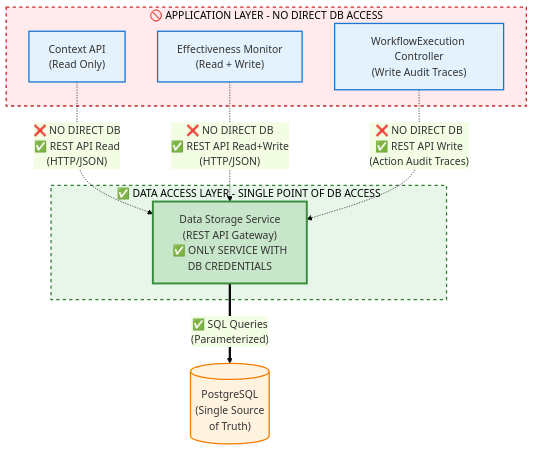
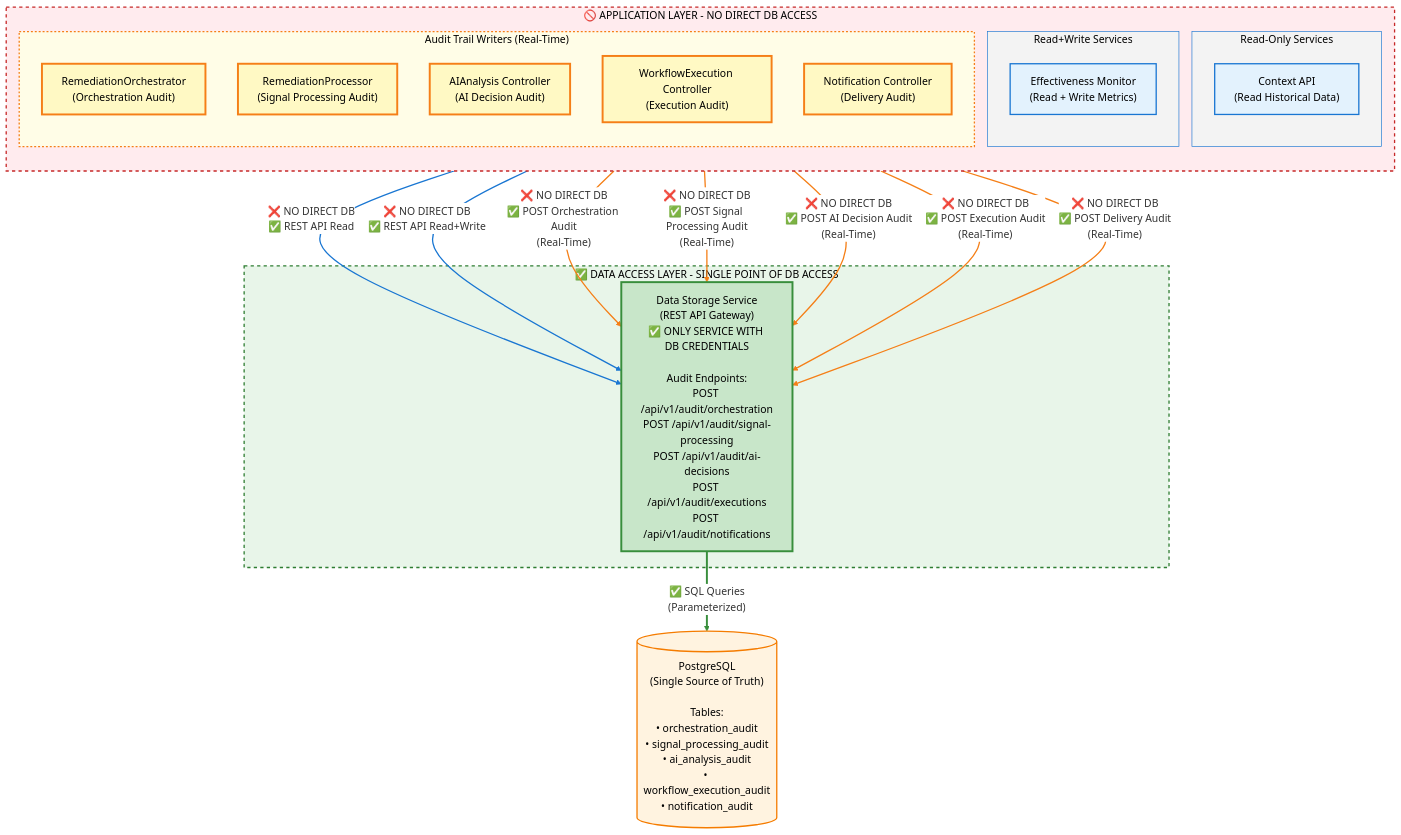
One commit to jordigilh/kubernaut changed the diagram in docs/architecture/decisions/ADR-032-data-access-layer-isolation.md. Above: the diagram before and after it, drawn with Mermaid. The commit also changed other lines of this file, not shown here.

First paragraph of the commit message:
✅ ADR-032 | Add RemediationProcessor to Audit Architecture
**USER INSIGHT**: "Does the remediationprocessor need to write an audit trace?"

````diff
--- a/docs/architecture/decisions/ADR-032-data-access-layer-isolation.md
+++ b/docs/architecture/decisions/ADR-032-data-access-layer-isolation.md
@@ -74,28 +74,59 @@
 ```mermaid
-%%{init: {'theme':'base', 'themeVariables': { 'primaryColor':'#e3f2fd'}}}%%
+%%{init: {'theme':'base', 'themeVariables': {'primaryColor':'#e3f2fd', 'lineColor':'#1976d2', 'primaryBorderColor':'#1976d2', 'edgeLabelBackground':'#ffffff'}}}%%
 flowchart TB
     subgraph APPLICATION_LAYER["🚫 APPLICATION LAYER - NO DIRECT DB ACCESS"]
-        ContextAPI["Context API<br/>(Read Only)"]
-        EffectivenessMonitor["Effectiveness Monitor<br/>(Read + Write)"]
-        WorkflowExecution["WorkflowExecution Controller<br/>(Write Audit Traces)"]
+        direction TB
+        subgraph READ_ONLY["Read-Only Services"]
+            ContextAPI["Context API<br/>(Read Historical Data)"]
+        end
+        subgraph READ_WRITE["Read+Write Services"]
+            EffectivenessMonitor["Effectiveness Monitor<br/>(Read + Write Metrics)"]
+        end
+        subgraph AUDIT_WRITERS["Audit Trail Writers (Real-Time)"]
+            RemediationOrch["RemediationOrchestrator<br/>(Orchestration Audit)"]
+            RemediationProc["RemediationProcessor<br/>(Signal Processing Audit)"]
+            AIAnalysis["AIAnalysis Controller<br/>(AI Decision Audit)"]
+            WorkflowExec["WorkflowExecution Controller<br/>(Execution Audit)"]
+            Notification["Notification Controller<br/>(Delivery Audit)"]
+        end
     end
     
     subgraph DATA_ACCESS_LAYER["✅ DATA ACCESS LAYER - SINGLE POINT OF DB ACCESS"]
-        DataStorage["Data Storage Service<br/>(REST API Gateway)<br/>✅ ONLY SERVICE WITH<br/>DB CREDENTIALS"]
+        DataStorage["Data Storage Service<br/>(REST API Gateway)<br/>✅ ONLY SERVICE WITH DB CREDENTIALS<br/><br/>Audit Endpoints:<br/>POST /api/v1/audit/orchestration<br/>POST /api/v1/audit/signal-processing<br/>POST /api/v1/audit/ai-decisions<br/>POST /api/v1/audit/executions<br/>POST /api/v1/audit/notifications"]
     end
     
-    PostgreSQL[("PostgreSQL<br/>(Single Source<br/>of Truth)")]
+    PostgreSQL[("PostgreSQL<br/>(Single Source of Truth)<br/><br/>Tables:<br/>• orchestration_audit<br/>• signal_processing_audit<br/>• ai_analysis_audit<br/>• workflow_execution_audit<br/>• notification_audit")]
     
-    ContextAPI -.->|"❌ NO DIRECT DB<br/>✅ REST API Read<br/>(HTTP/JSON)"| DataStorage
-    EffectivenessMonitor -.->|"❌ NO DIRECT DB<br/>✅ REST API Read+Write<br/>(HTTP/JSON)"| DataStorage
-    WorkflowExecution -.->|"❌ NO DIRECT DB<br/>✅ REST API Write<br/>(Action Audit Traces)"| DataStorage
+    ContextAPI -->|"❌ NO DIRECT DB<br/>✅ REST API Read"| DataStorage
+    EffectivenessMonitor -->|"❌ NO DIRECT DB<br/>✅ REST API Read+Write"| DataStorage
+    RemediationOrch -->|"❌ NO DIRECT DB<br/>✅ POST Orchestration Audit<br/>(Real-Time)"| DataStorage
+    RemediationProc -->|"❌ NO DIRECT DB<br/>✅ POST Signal Processing Audit<br/>(Real-Time)"| DataStorage
+    AIAnalysis -->|"❌ NO DIRECT DB<br/>✅ POST AI Decision Audit<br/>(Real-Time)"| DataStorage
+    WorkflowExec -->|"❌ NO DIRECT DB<br/>✅ POST Execution Audit<br/>(Real-Time)"| DataStorage
+    Notification -->|"❌ NO DIRECT DB<br/>✅ POST Delivery Audit<br/>(Real-Time)"| DataStorage
     DataStorage ==>|"✅ SQL Queries<br/>(Parameterized)"| PostgreSQL
     
-    style ContextAPI fill:#e3f2fd,stroke:#1976d2,stroke-width:2px
-    style EffectivenessMonitor fill:#e3f2fd,stroke:#1976d2,stroke-width:2px
-    style WorkflowExecution fill:#e3f2fd,stroke:#1976d2,stroke-width:2px
-    style DataStorage fill:#c8e6c9,stroke:#388e3c,stroke-width:3px
-    style PostgreSQL fill:#fff3e0,stroke:#f57c00,stroke-width:2px
-    style APPLICATION_LAYER fill:#ffebee,stroke:#c62828,stroke-width:2px,stroke-dasharray: 5 5
-    style DATA_ACCESS_LAYER fill:#e8f5e9,stroke:#2e7d32,stroke-width:2px,stroke-dasharray: 5 5
+    style ContextAPI fill:#e3f2fd,stroke:#1976d2,stroke-width:2px,color:#000
+    style EffectivenessMonitor fill:#e3f2fd,stroke:#1976d2,stroke-width:2px,color:#000
+    style RemediationOrch fill:#fff9c4,stroke:#f57f17,stroke-width:3px,color:#000
+    style RemediationProc fill:#fff9c4,stroke:#f57f17,stroke-width:3px,color:#000
+    style AIAnalysis fill:#fff9c4,stroke:#f57f17,stroke-width:3px,color:#000
+    style WorkflowExec fill:#fff9c4,stroke:#f57f17,stroke-width:3px,color:#000
+    style Notification fill:#fff9c4,stroke:#f57f17,stroke-width:3px,color:#000
+    style DataStorage fill:#c8e6c9,stroke:#388e3c,stroke-width:3px,color:#000
+    style PostgreSQL fill:#fff3e0,stroke:#f57c00,stroke-width:2px,color:#000
+    style APPLICATION_LAYER fill:#ffebee,stroke:#c62828,stroke-width:2px,stroke-dasharray: 5 5,color:#000
+    style DATA_ACCESS_LAYER fill:#e8f5e9,stroke:#2e7d32,stroke-width:2px,stroke-dasharray: 5 5,color:#000
+    style AUDIT_WRITERS fill:#fffde7,stroke:#f57f17,stroke-width:2px,stroke-dasharray: 3 3,color:#000
+    style READ_ONLY fill:#f3f3f3,stroke:#1976d2,stroke-width:1px,color:#000
+    style READ_WRITE fill:#f3f3f3,stroke:#1976d2,stroke-width:1px,color:#000
+    
+    linkStyle 0 stroke:#1976d2,stroke-width:2px
+    linkStyle 1 stroke:#1976d2,stroke-width:2px
+    linkStyle 2 stroke:#f57f17,stroke-width:2px
+    linkStyle 3 stroke:#f57f17,stroke-width:2px
+    linkStyle 4 stroke:#f57f17,stroke-width:2px
+    linkStyle 5 stroke:#f57f17,stroke-width:2px
+    linkStyle 6 stroke:#f57f17,stroke-width:2px
+    linkStyle 7 stroke:#388e3c,stroke-width:3px
 ```
````
